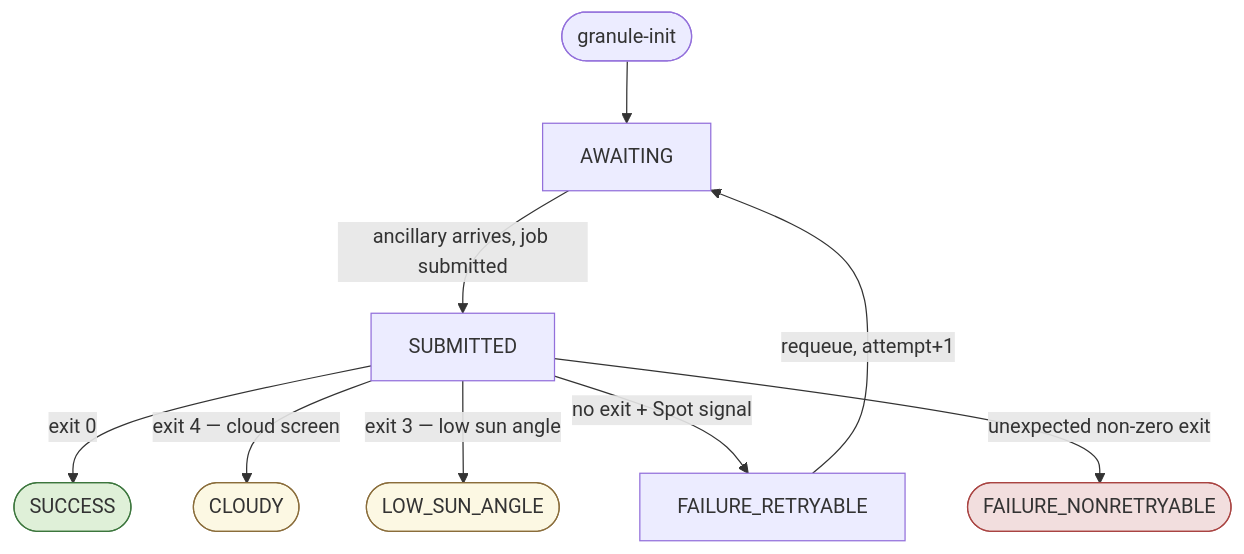
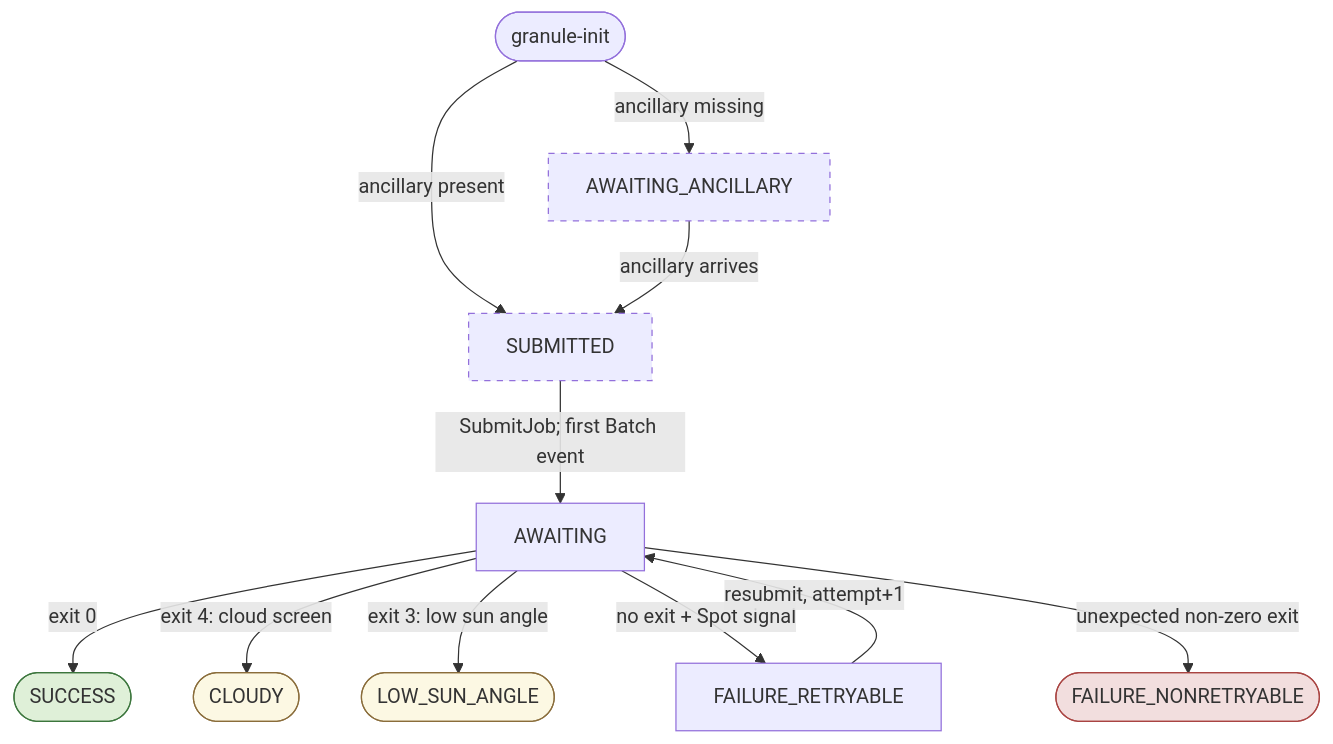
One commit to NASA-IMPACT/hls-nextgen-orchestration changed the second of 2 diagrams in docs/orchestration-design.md. Above: the diagram before and after it, drawn with Mermaid. The commit also changed other lines of this file, not shown here.

First line of the commit message:
docs: describe the design as built on batch-event-job-monitor

````diff
--- a/docs/orchestration-design.md
+++ b/docs/orchestration-design.md
@@ -287,18 +316,22 @@
 ```mermaid
 flowchart TD
-    START([granule-init]) --> AWAIT[AWAITING]
-    AWAIT -->|"ancillary arrives, job submitted"| SUB[SUBMITTED]
-    SUB -->|exit 0| OK([SUCCESS])
-    SUB -->|"exit 4 — cloud screen"| CLOUD([CLOUDY])
-    SUB -->|"exit 3 — low sun angle"| SUN([LOW_SUN_ANGLE])
-    SUB -->|no exit + Spot signal| RETRY[FAILURE_RETRYABLE]
-    SUB -->|unexpected non-zero exit| FAIL([FAILURE_NONRETRYABLE])
-    RETRY -->|"requeue, attempt+1"| AWAIT
+    START([granule-init]) -->|"ancillary missing"| WAIT[AWAITING_ANCILLARY]
+    START -->|"ancillary present"| CLAIM[SUBMITTED]
+    WAIT -->|"ancillary arrives"| CLAIM
+    CLAIM -->|"SubmitJob; first Batch event"| AWAIT[AWAITING]
+    AWAIT -->|exit 0| OK([SUCCESS])
+    AWAIT -->|"exit 4: cloud screen"| CLOUD([CLOUDY])
+    AWAIT -->|"exit 3: low sun angle"| SUN([LOW_SUN_ANGLE])
+    AWAIT -->|no exit + Spot signal| RETRY[FAILURE_RETRYABLE]
+    AWAIT -->|unexpected non-zero exit| FAIL([FAILURE_NONRETRYABLE])
+    RETRY -->|"resubmit, attempt+1"| AWAIT
 
     classDef terminal fill:#dff0d8,stroke:#3c763d
     classDef skip fill:#fcf8e3,stroke:#8a6d3b
     classDef bugbucket fill:#f2dede,stroke:#a94442
+    classDef submitter stroke-dasharray: 5 5
     class OK terminal
     class CLOUD,SUN skip
     class FAIL bugbucket
+    class WAIT,CLAIM submitter
 ```
````
